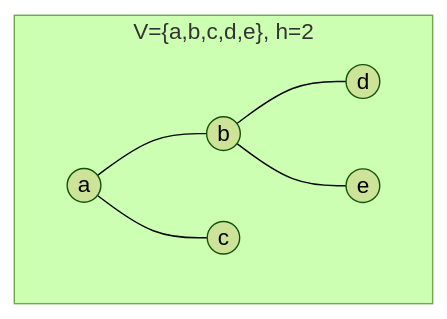
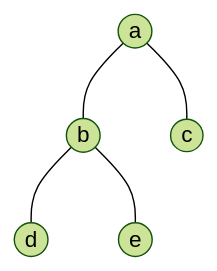
One commit to frijolitobandido/Guia_Matematica_Discreta changed the fourth of 34 diagrams in 03-arboles.md. Above: the diagram before and after it, drawn with Mermaid (forest theme). The commit also changed other lines of this file, not shown here.

````diff
--- a/03-arboles.md
+++ b/03-arboles.md
@@ -56,9 +58,7 @@
 ```mermaid
 graph TD
-    subgraph "V={a,b,c,d,e}, h=2"
-        a3((a)) --- b3((b))
-        a3 --- c3((c))
-        b3 --- d3((d))
-        b3 --- e3((e))
-    end
+    a3((a)) --- b3((b))
+    a3 --- c3((c))
+    b3 --- d3((d))
+    b3 --- e3((e))
 ```
````
